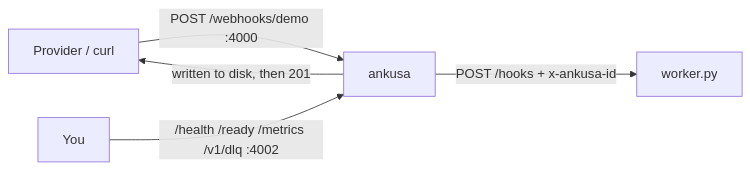
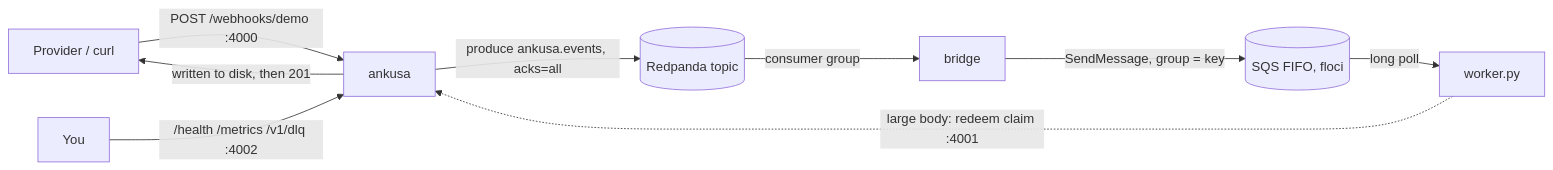
Before and after one commit to jamescarr/ankusa: the diagram in docs/quickstart.md, drawn with Mermaid. The commit also changed other lines of this file and 20 other files, not shown here.

First line of the commit message:
docs: feature a queue worker (Kafka → SQS FIFO) in the README quickstart (#203)

````diff
--- a/docs/quickstart.md
+++ b/docs/quickstart.md
@@ -15,7 +15,11 @@
 ```mermaid
 flowchart LR
     P[Provider / curl] -->|POST /webhooks/demo :4000| A[ankusa]
     A -->|written to disk, then 201| P
-    A -->|POST /hooks + x-ankusa-id| W[worker.py]
-    O[You] -->|/health /ready /metrics /v1/dlq :4002| A
+    A -->|produce ankusa.events, acks=all| T[(Redpanda topic)]
+    T -->|consumer group| B[bridge]
+    B -->|SendMessage, group = key| Q[(SQS FIFO, floci)]
+    Q -->|long poll| W[worker.py]
+    W -.->|large body: redeem claim :4001| A
+    O[You] -->|/health /metrics /v1/dlq :4002| A
 ```
````
